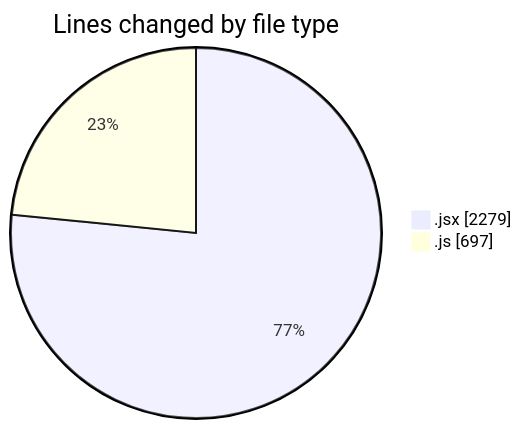
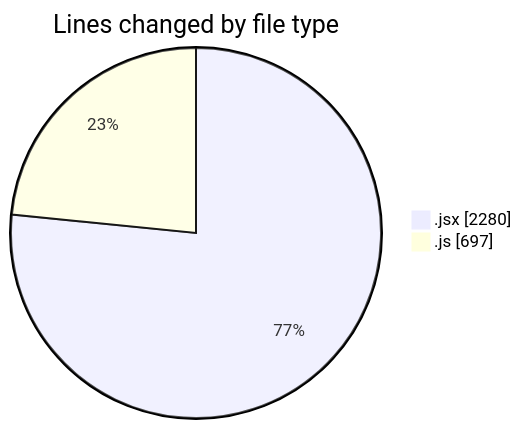
The first of 2 diagrams in 2025-11-13/argos/README.md (nxtqubesakshisongat/code-tracking), drawn with Mermaid before and after one commit. The commit also changed other lines of this file and 1 other file, not shown here.

````diff
--- a/2025-11-13/argos/README.md
+++ b/2025-11-13/argos/README.md
@@ -29,6 +29,6 @@
 ```mermaid
 pie showData
 title Lines changed by file type
-".jsx" : 2279
+".jsx" : 2280
 ".js" : 697
 ```
````
